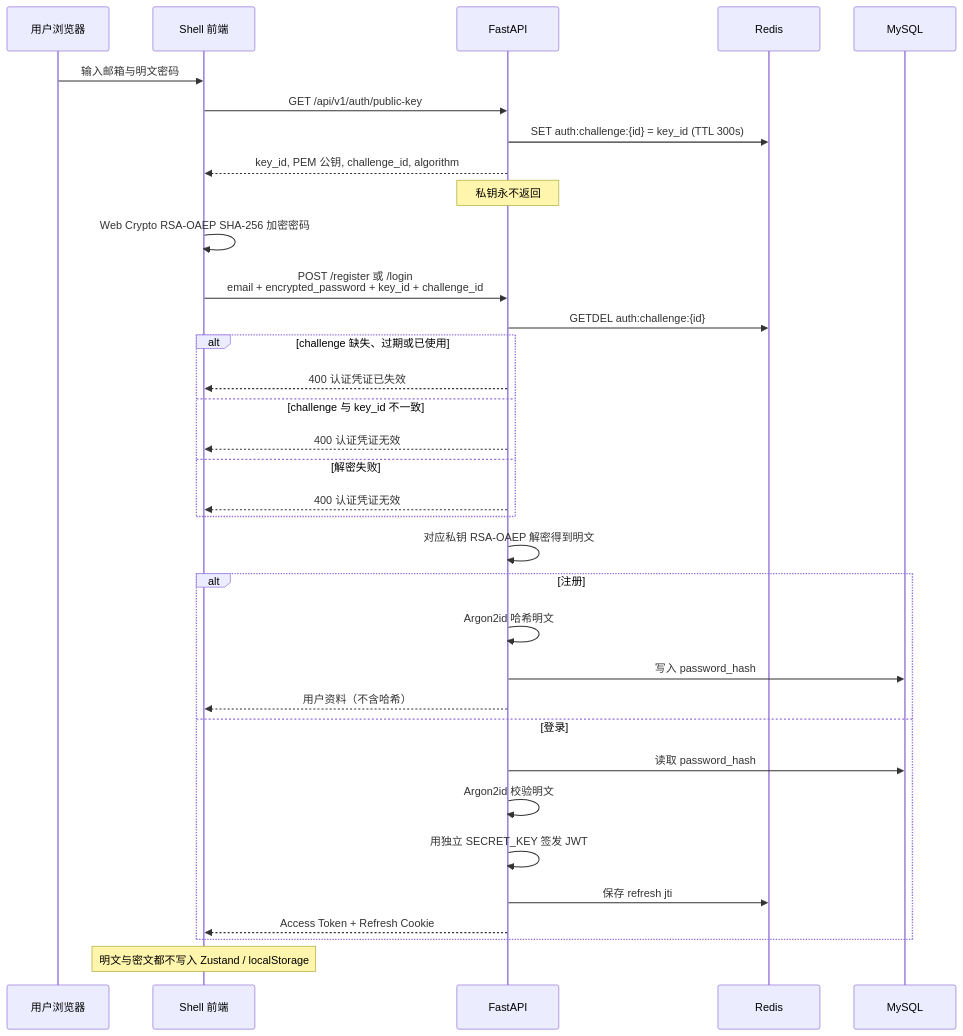
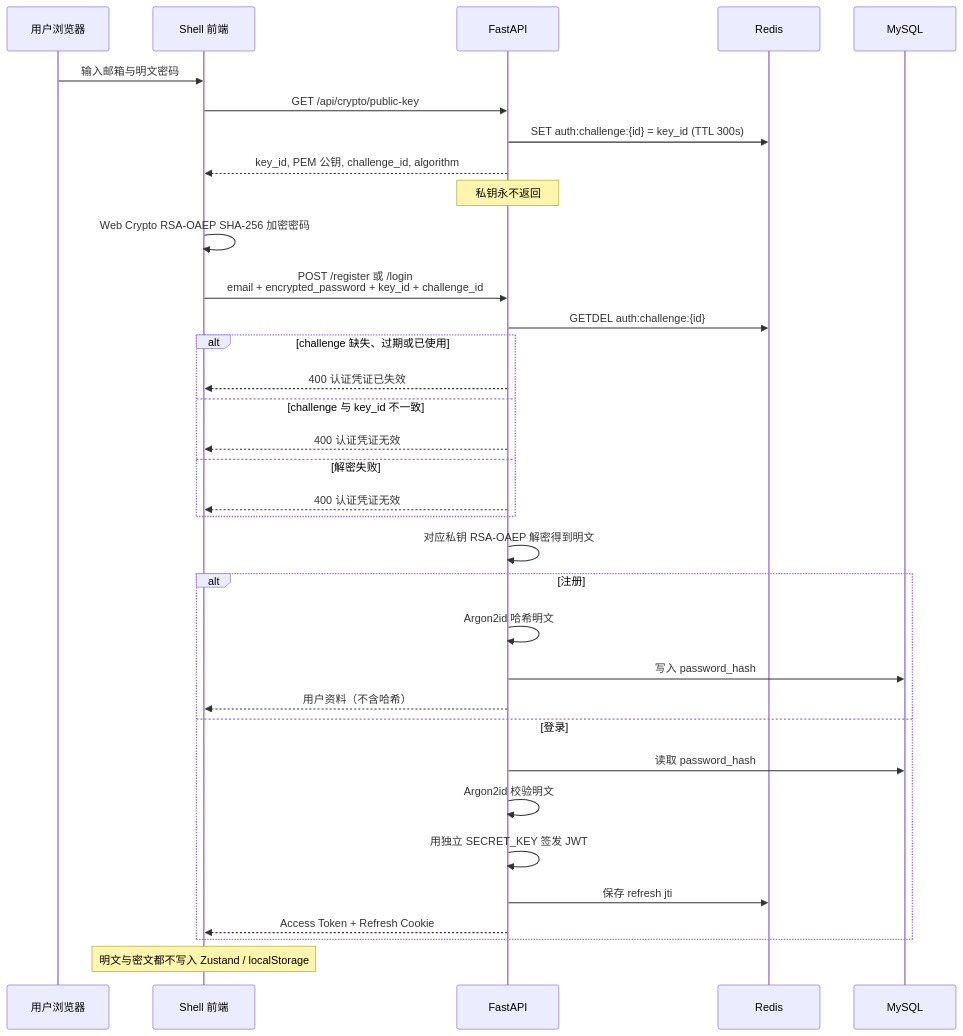
One commit to huochaigg/neorvion-erp changed the diagram in docs/auth.md. Above: the diagram before and after it, drawn with Mermaid. The commit also changed other lines of this file and 30 other files, not shown here.

````diff
--- a/docs/auth.md
+++ b/docs/auth.md
@@ -7,37 +7,37 @@
 ```mermaid
 sequenceDiagram
     participant U as 用户浏览器
     participant F as Shell 前端
     participant A as FastAPI
     participant R as Redis
     participant D as MySQL
 
     U->>F: 输入邮箱与明文密码
-    F->>A: GET /api/v1/auth/public-key
+    F->>A: GET /api/crypto/public-key
     A->>R: SET auth:challenge:{id} = key_id (TTL 300s)
     A-->>F: key_id, PEM 公钥, challenge_id, algorithm
     Note over A: 私钥永不返回
     F->>F: Web Crypto RSA-OAEP SHA-256 加密密码
     F->>A: POST /register 或 /login<br/>email + encrypted_password + key_id + challenge_id
     A->>R: GETDEL auth:challenge:{id}
     alt challenge 缺失、过期或已使用
         A-->>F: 400 认证凭证已失效
     else challenge 与 key_id 不一致
         A-->>F: 400 认证凭证无效
     else 解密失败
         A-->>F: 400 认证凭证无效
     end
     A->>A: 对应私钥 RSA-OAEP 解密得到明文
     alt 注册
         A->>A: Argon2id 哈希明文
         A->>D: 写入 password_hash
         A-->>F: 用户资料（不含哈希）
     else 登录
         A->>D: 读取 password_hash
         A->>A: Argon2id 校验明文
         A->>A: 用独立 SECRET_KEY 签发 JWT
         A->>R: 保存 refresh jti
         A-->>F: Access Token + Refresh Cookie
     end
     Note over F: 明文与密文都不写入 Zustand / localStorage
 ```
````
